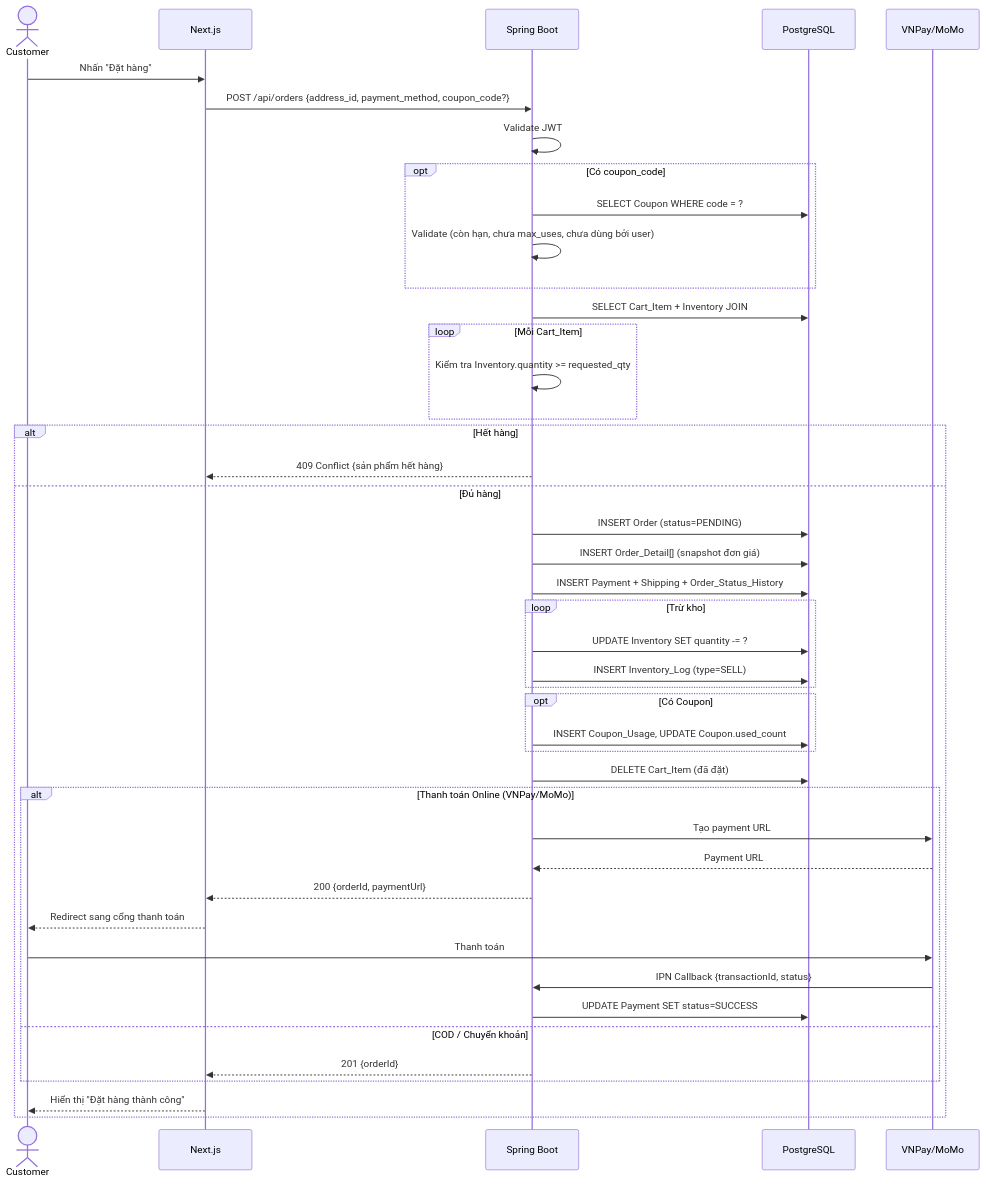
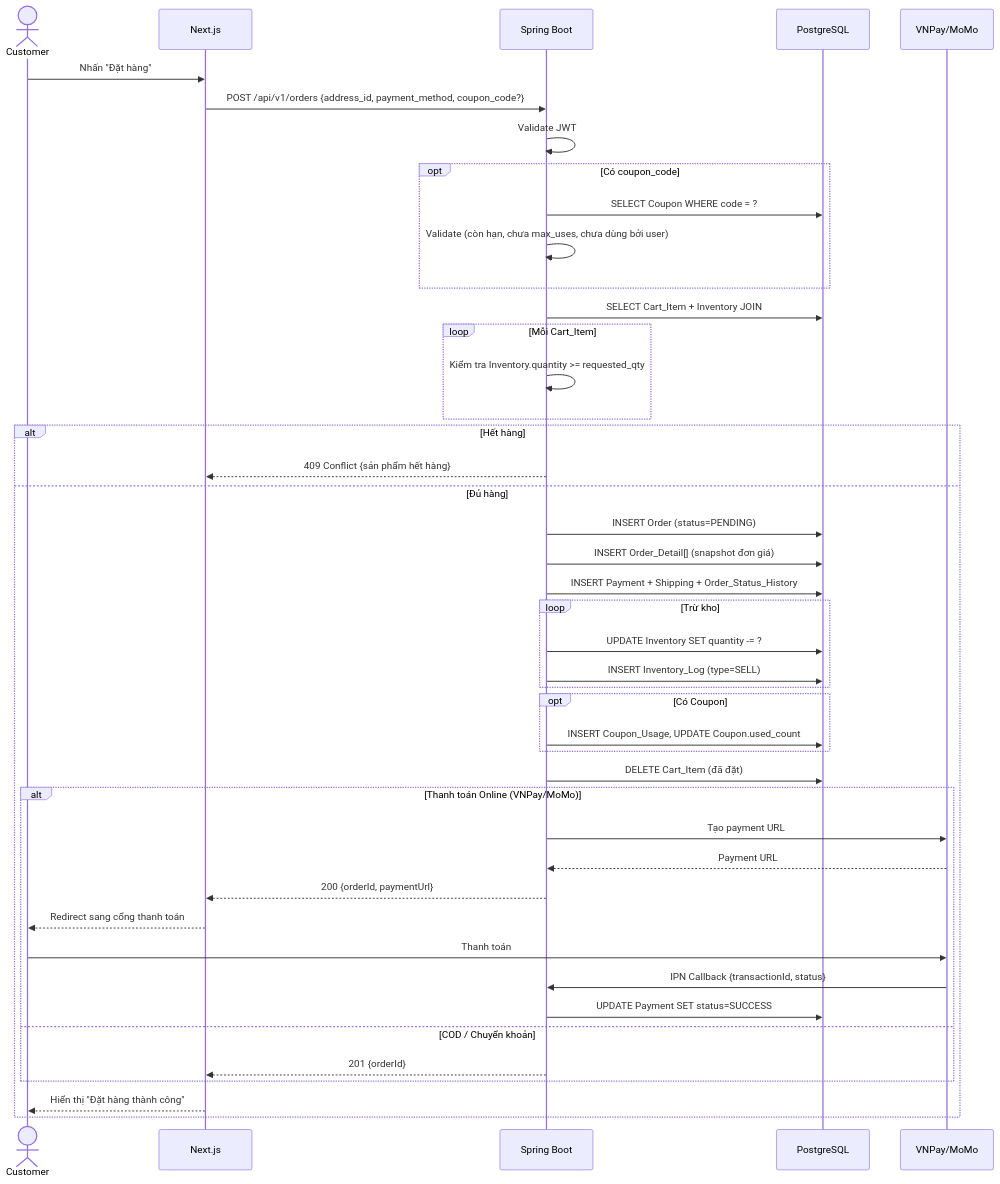
Diagram 15 of 35 in docs/design.md (huuhieu56/PC-Parts-ECommerce), drawn with Mermaid before and after one commit. The commit also changed other lines of this file and 1 other file, not shown here.

````diff
--- a/docs/design.md
+++ b/docs/design.md
@@ -1058,55 +1054,55 @@
 ```mermaid
 sequenceDiagram
     actor Customer
     participant FE as Next.js
     participant BE as Spring Boot
     participant DB as PostgreSQL
     participant Pay as VNPay/MoMo
 
     Customer->>FE: Nhấn "Đặt hàng"
-    FE->>BE: POST /api/orders {address_id, payment_method, coupon_code?}
+    FE->>BE: POST /api/v1/orders {address_id, payment_method, coupon_code?}
     BE->>BE: Validate JWT
 
     opt Có coupon_code
         BE->>DB: SELECT Coupon WHERE code = ?
         BE->>BE: Validate (còn hạn, chưa max_uses, chưa dùng bởi user)
     end
 
     BE->>DB: SELECT Cart_Item + Inventory JOIN
     loop Mỗi Cart_Item
         BE->>BE: Kiểm tra Inventory.quantity >= requested_qty
     end
 
     alt Hết hàng
         BE-->>FE: 409 Conflict {sản phẩm hết hàng}
     else Đủ hàng
         BE->>DB: INSERT Order (status=PENDING)
         BE->>DB: INSERT Order_Detail[] (snapshot đơn giá)
         BE->>DB: INSERT Payment + Shipping + Order_Status_History
 
         loop Trừ kho
             BE->>DB: UPDATE Inventory SET quantity -= ?
             BE->>DB: INSERT Inventory_Log (type=SELL)
         end
 
         opt Có Coupon
             BE->>DB: INSERT Coupon_Usage, UPDATE Coupon.used_count
         end
 
         BE->>DB: DELETE Cart_Item (đã đặt)
 
         alt Thanh toán Online (VNPay/MoMo)
             BE->>Pay: Tạo payment URL
             Pay-->>BE: Payment URL
             BE-->>FE: 200 {orderId, paymentUrl}
             FE-->>Customer: Redirect sang cổng thanh toán
             Customer->>Pay: Thanh toán
             Pay->>BE: IPN Callback {transactionId, status}
             BE->>DB: UPDATE Payment SET status=SUCCESS
         else COD / Chuyển khoản
             BE-->>FE: 201 {orderId}
         end
 
         FE-->>Customer: Hiển thị "Đặt hàng thành công"
     end
 ```
````
